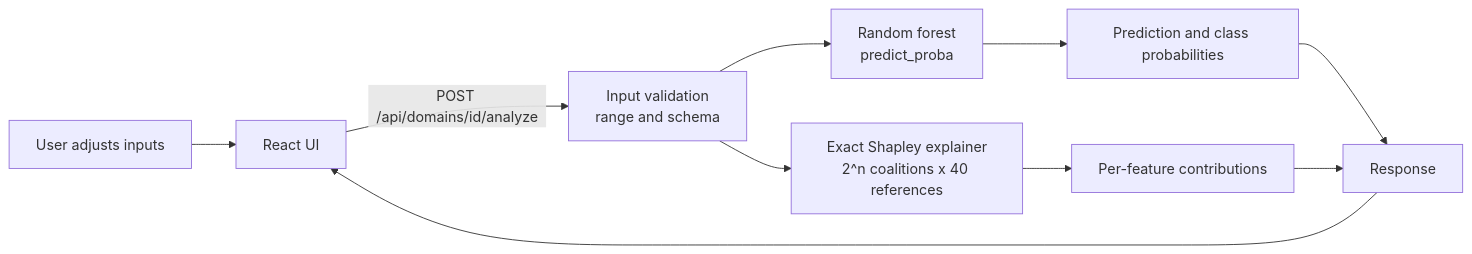
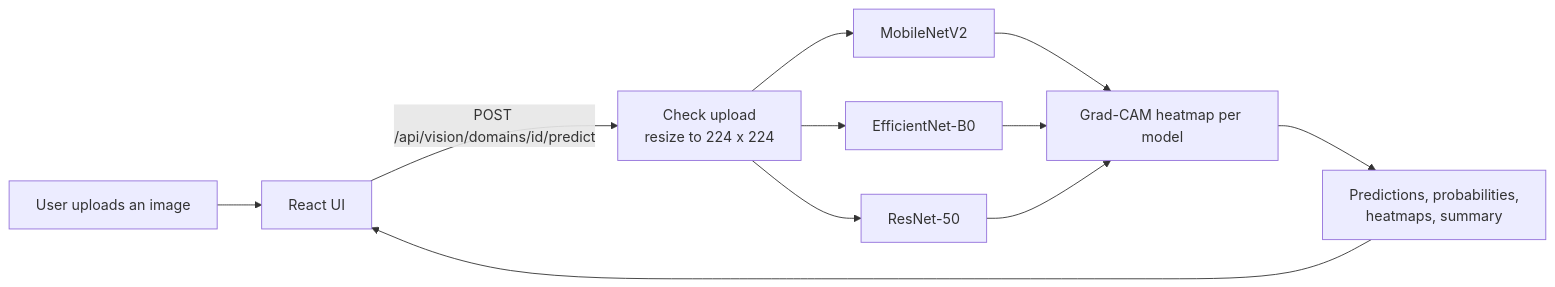
One commit to VoidRaghav/minor-project-2026 changed the diagram in README.md. Above: the diagram before and after it, drawn with Mermaid. The commit also changed other lines of this file and 39 other files, not shown here.

First line of the commit message:
Make the project CNN-only: remove random forest and Shapley parts

````diff
--- a/README.md
+++ b/README.md
@@ -26,12 +25,13 @@
 ```mermaid
 flowchart LR
-    U[User adjusts inputs] --> F[React UI]
-    F -- POST /api/domains/id/analyze --> V[Input validation<br/>range and schema]
-    V --> M[Random forest<br/>predict_proba]
-    V --> S[Exact Shapley explainer<br/>2^n coalitions x 40 references]
-    M --> R[Prediction and class probabilities]
-    S --> R2[Per-feature contributions]
-    R --> O[Response]
-    R2 --> O
-    O --> F
+    U[User uploads an image] --> F[React UI]
+    F -- POST /api/vision/domains/id/predict --> V[Check upload<br/>resize to 224 x 224]
+    V --> M1[MobileNetV2]
+    V --> M2[EfficientNet-B0]
+    V --> M3[ResNet-50]
+    M1 --> G[Grad-CAM heatmap per model]
+    M2 --> G
+    M3 --> G
+    G --> R[Predictions, probabilities,<br/>heatmaps, summary]
+    R --> F
 ```
````
